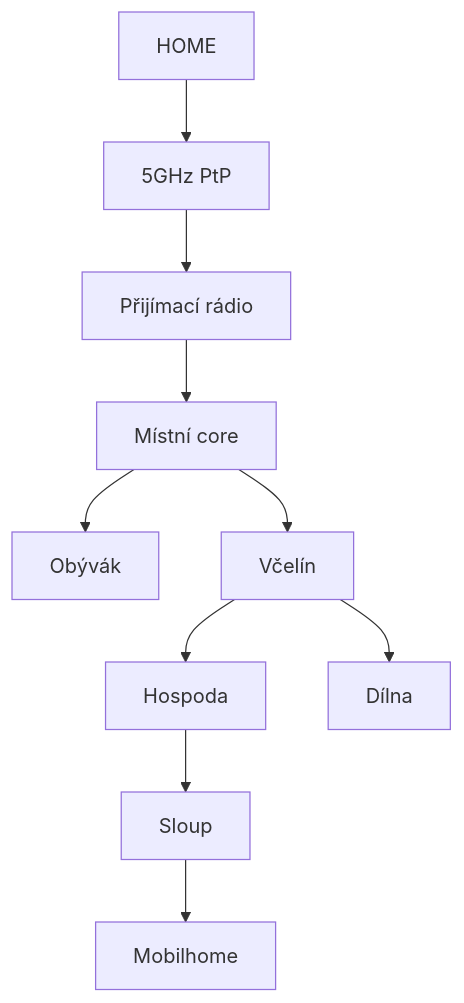
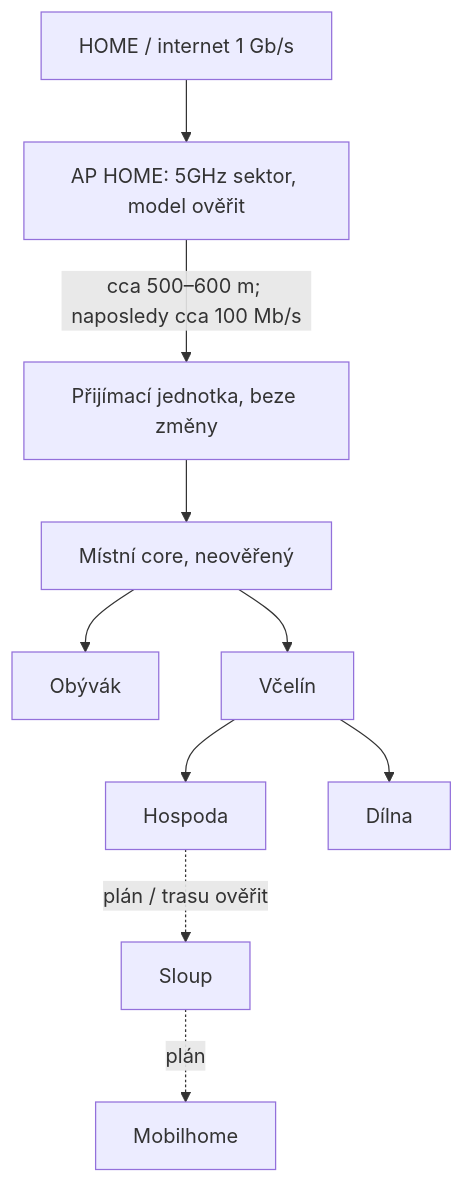
One commit to msporik/Madmike-infra changed the first of 2 diagrams in Rybniky-Amerika/Topologie.md. Above: the diagram before and after it, drawn with Mermaid. The commit also changed other lines of this file and 3 other files, not shown here.

````diff
--- a/Rybniky-Amerika/Topologie.md
+++ b/Rybniky-Amerika/Topologie.md
@@ -5,12 +5,12 @@
 ```mermaid
 flowchart TD
-    HOME["HOME"] --> PTP["5GHz PtP"]
-    PTP --> RX["Přijímací rádio"]
-    RX --> CORE["Místní core"]
+    HOME["HOME / internet 1 Gb/s"] --> APHOME["AP HOME: 5GHz sektor, model ověřit"]
+    APHOME -->|"cca 500–600 m; naposledy cca 100 Mb/s"| RX["Přijímací jednotka, beze změny"]
+    RX --> CORE["Místní core, neověřený"]
     CORE --> OBYVAK["Obývák"]
     CORE --> VCELIN["Včelín"]
     VCELIN --> HOSPODA["Hospoda"]
     VCELIN --> DILNA["Dílna"]
-    HOSPODA --> SLOUP["Sloup"]
-    SLOUP --> MOBILHOME["Mobilhome"]
+    HOSPODA -. "plán / trasu ověřit" .-> SLOUP["Sloup"]
+    SLOUP -. "plán" .-> MOBILHOME["Mobilhome"]
 ```
````
